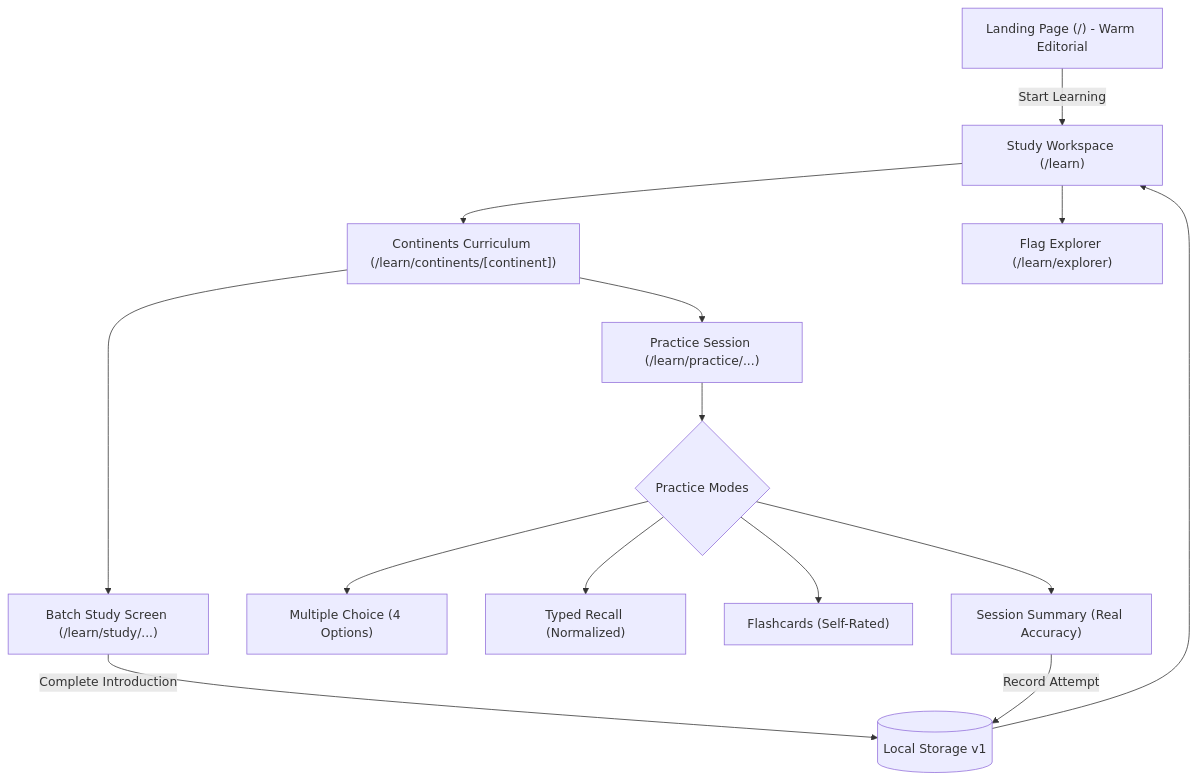
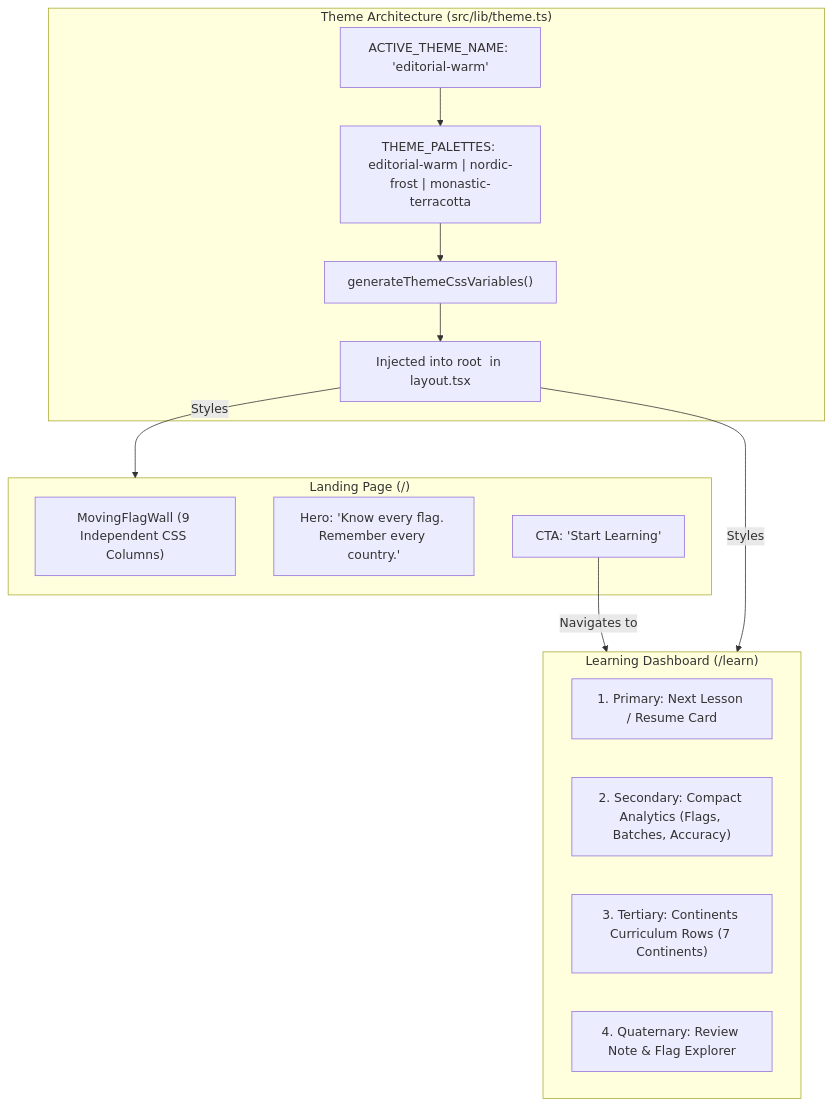
One commit to Shavacchenna03/World-flags-memorization changed the diagram in track.md. Above: the diagram before and after it, drawn with Mermaid. The commit also changed other lines of this file and 13 other files, not shown here.

Commit message:
Landing page fixed v.01

````diff
--- a/track.md
+++ b/track.md
@@ -71,19 +77,27 @@
 ```mermaid
 flowchart TD
-    LAND["Landing Page (/) - Warm Editorial"] -->|Start Learning| DASH["Study Workspace (/learn)"]
-    DASH --> CONT["Continents Curriculum (/learn/continents/[continent])"]
-    DASH --> EXPL["Flag Explorer (/learn/explorer)"]
+    subgraph LandingPage ["Landing Page (/)"]
+        WALL["MovingFlagWall (9 Independent CSS Columns)"]
+        HERO["Hero: 'Know every flag. Remember every country.'"]
+        CTA["CTA: 'Start Learning'"]
+    end
 
-    CONT --> STUDY["Batch Study Screen (/learn/study/...)"]
-    CONT --> PRAC["Practice Session (/learn/practice/...)"]
+    subgraph Dashboard ["Learning Dashboard (/learn)"]
+        NEXT["1. Primary: Next Lesson / Resume Card"]
+        STATS["2. Secondary: Compact Analytics (Flags, Batches, Accuracy)"]
+        CURR["3. Tertiary: Continents Curriculum Rows (7 Continents)"]
+        SEC["4. Quaternary: Review Note & Flag Explorer"]
+    end
 
-    STUDY -->|Complete Introduction| STOR[("Local Storage v1")]
-    PRAC --> MODES{"Practice Modes"}
-    MODES --> MC["Multiple Choice (4 Options)"]
-    MODES --> TR["Typed Recall (Normalized)"]
-    MODES --> FC["Flashcards (Self-Rated)"]
-    MODES --> SUMM["Session Summary (Real Accuracy)"]
+    subgraph ThemeSystem ["Theme Architecture (src/lib/theme.ts)"]
+        CONF["ACTIVE_THEME_NAME: 'editorial-warm'"]
+        PALETTES["THEME_PALETTES: editorial-warm | nordic-frost | monastic-terracotta"]
+        GEN["generateThemeCssVariables()"]
+        HEAD["Injected into root <head> in layout.tsx"]
+    end
 
-    SUMM -->|Record Attempt| STOR
-    STOR --> DASH
+    CTA -->|Navigates to| Dashboard
+    CONF --> PALETTES --> GEN --> HEAD
+    HEAD -->|Styles| LandingPage
+    HEAD -->|Styles| Dashboard
 ```
````
